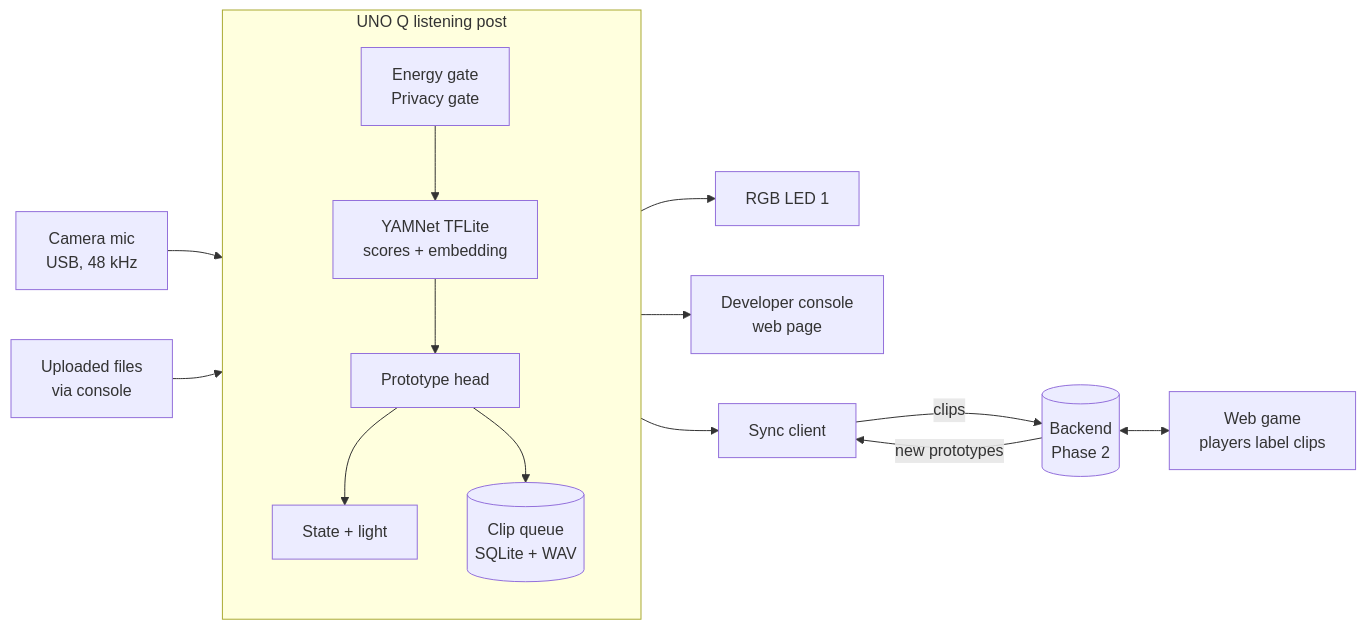
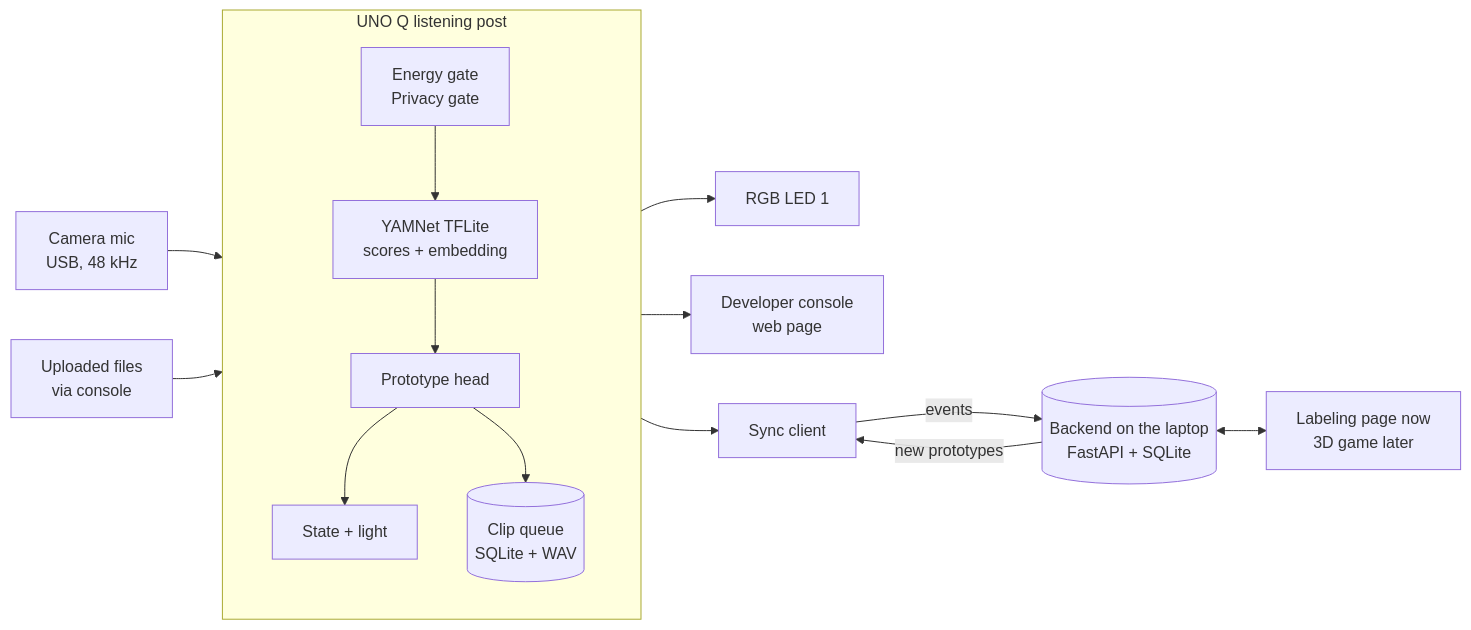
The diagram in docs/SYSTEM.md (stepkono/ecco), drawn with Mermaid before and after one commit. The commit also changed other lines of this file and 1 other file, not shown here.

Commit message:
Document Phase 2 backend and the verified loop with the board

````diff
--- a/docs/SYSTEM.md
+++ b/docs/SYSTEM.md
@@ -25,18 +26,18 @@
 ```mermaid
 flowchart LR
   mic[Camera mic<br/>USB, 48 kHz] --> post
   files[Uploaded files<br/>via console] --> post
   subgraph post[UNO Q listening post]
     direction TB
     gates[Energy gate<br/>Privacy gate] --> model[YAMNet TFLite<br/>scores + embedding]
     model --> head[Prototype head]
     head --> state[State + light]
     head --> queue[(Clip queue<br/>SQLite + WAV)]
   end
   state --> led[RGB LED 1]
   state --> console[Developer console<br/>web page]
   queue --> sync[Sync client]
-  sync -->|clips| backend[(Backend<br/>Phase 2)]
+  sync -->|events| backend[(Backend on the laptop<br/>FastAPI + SQLite)]
   backend -->|new prototypes| sync
-  backend <--> game[Web game<br/>players label clips]
+  backend <--> game[Labeling page now<br/>3D game later]
 ```
````
